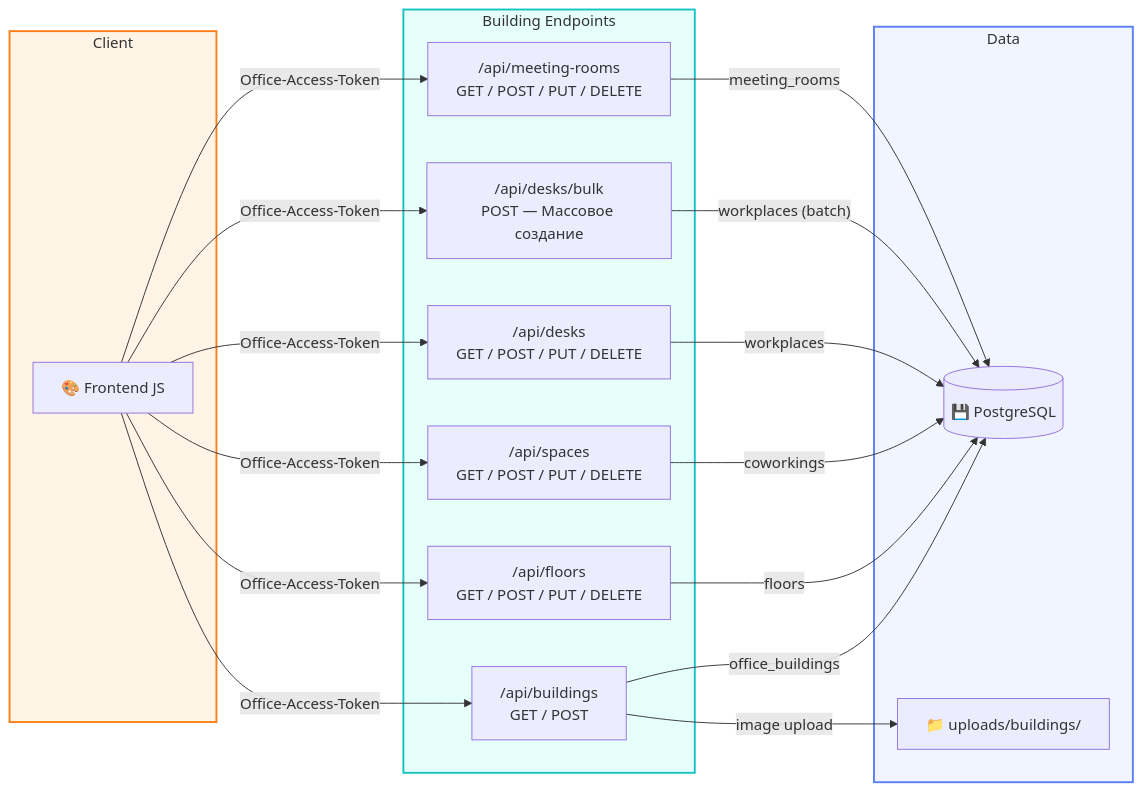
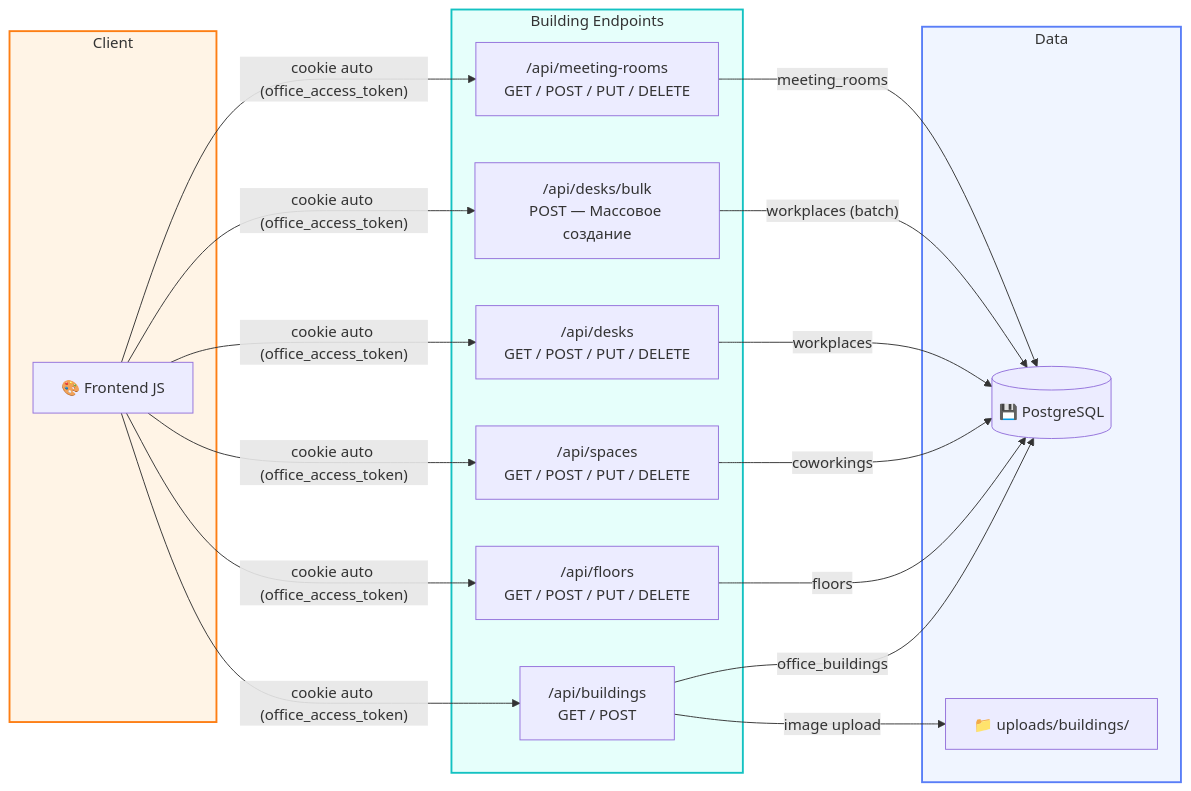
Before and after one commit to radiantbald/office-management: the fourth of 9 diagrams in DATA_FLOW_DIAGRAM.md, drawn with Mermaid. The commit also changed other lines of this file and 17 other files, not shown here.

````diff
--- a/DATA_FLOW_DIAGRAM.md
+++ b/DATA_FLOW_DIAGRAM.md
@@ -126,39 +126,39 @@
 ```mermaid
 graph LR
     subgraph Client
         JS["🎨 Frontend JS"]
     end
 
     subgraph BuildAPI["Building Endpoints"]
         Buildings["/api/buildings\nGET / POST"]
         Floors["/api/floors\nGET / POST / PUT / DELETE"]
         Spaces["/api/spaces\nGET / POST / PUT / DELETE"]
         Desks["/api/desks\nGET / POST / PUT / DELETE"]
         DeskBulk["/api/desks/bulk\nPOST — Массовое создание"]
         MeetRooms["/api/meeting-rooms\nGET / POST / PUT / DELETE"]
     end
 
     subgraph Data
         DB[("💾 PostgreSQL")]
         FS["📁 uploads/buildings/"]
     end
 
-    JS -- "Office-Access-Token" --> Buildings
-    JS -- "Office-Access-Token" --> Floors
-    JS -- "Office-Access-Token" --> Spaces
-    JS -- "Office-Access-Token" --> Desks
-    JS -- "Office-Access-Token" --> DeskBulk
-    JS -- "Office-Access-Token" --> MeetRooms
+    JS -- "cookie auto (office_access_token)" --> Buildings
+    JS -- "cookie auto (office_access_token)" --> Floors
+    JS -- "cookie auto (office_access_token)" --> Spaces
+    JS -- "cookie auto (office_access_token)" --> Desks
+    JS -- "cookie auto (office_access_token)" --> DeskBulk
+    JS -- "cookie auto (office_access_token)" --> MeetRooms
 
     Buildings -- "office_buildings" --> DB
     Buildings -- "image upload" --> FS
     Floors -- "floors" --> DB
     Spaces -- "coworkings" --> DB
     Desks -- "workplaces" --> DB
     DeskBulk -- "workplaces (batch)" --> DB
     MeetRooms -- "meeting_rooms" --> DB
 
     style Client fill:#FFF4E6,stroke:#FD7E14,stroke-width:2px
     style BuildAPI fill:#E6FFFB,stroke:#13C2C2,stroke-width:2px
     style Data fill:#F0F5FF,stroke:#597EF7,stroke-width:2px
 ```
````
